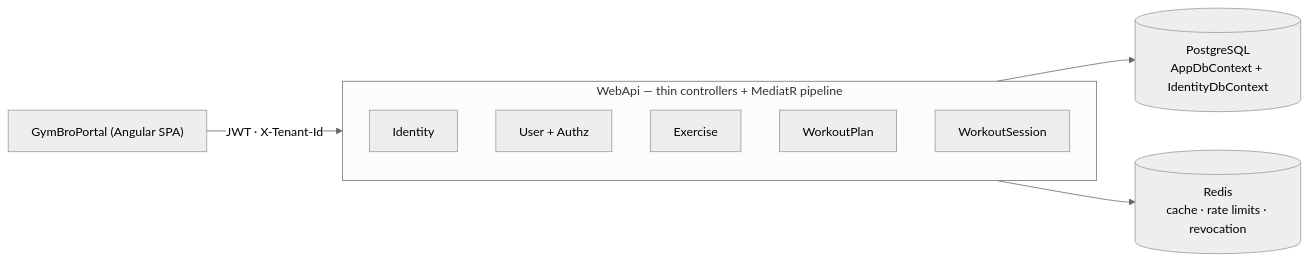
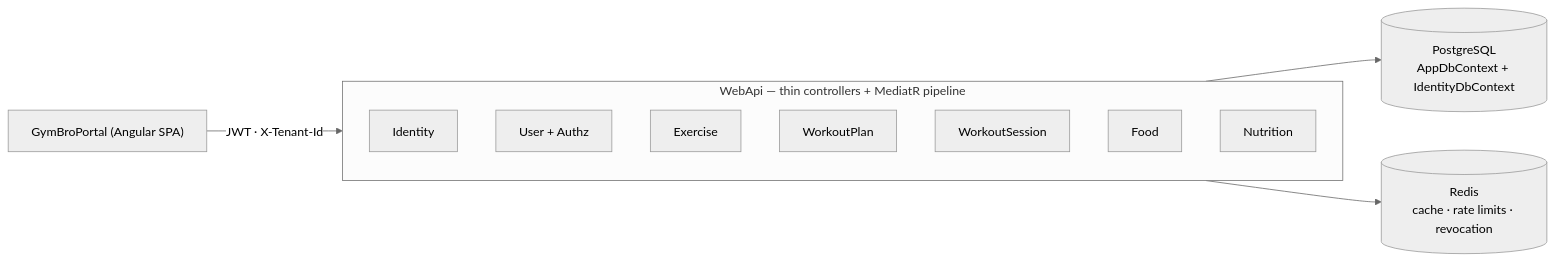
The diagram in README.md (vuhuynguyen/gymbro), drawn with Mermaid (neutral theme) before and after one commit. The commit also changed other lines of this file and 145 other files, not shown here.

````diff
--- a/README.md
+++ b/README.md
@@ -49,14 +50,16 @@
 ```mermaid
 flowchart LR
   SPA["GymBroPortal (Angular SPA)"] -->|"JWT · X-Tenant-Id"| API
   subgraph API["WebApi — thin controllers + MediatR pipeline"]
     direction TB
     ID[Identity]
     USR[User + Authz]
     EX[Exercise]
     WP[WorkoutPlan]
     WS[WorkoutSession]
+    FD[Food]
+    NU[Nutrition]
   end
   API --> DB[("PostgreSQL<br/>AppDbContext + IdentityDbContext")]
   API --> RD[("Redis<br/>cache · rate limits · revocation")]
 ```
````
